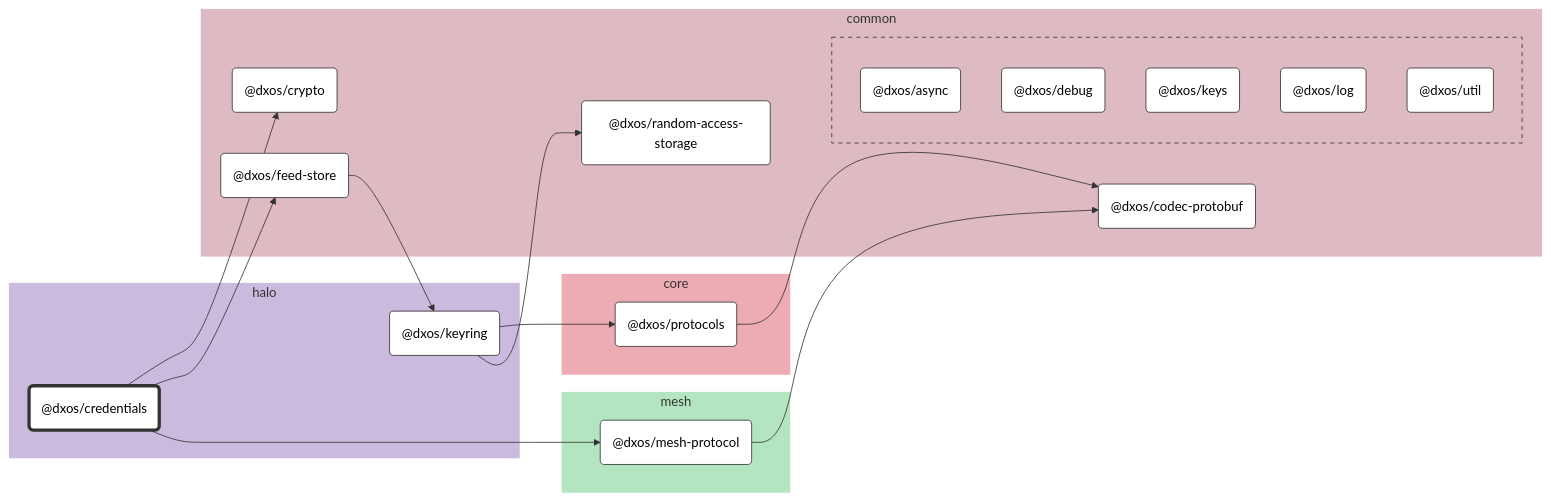
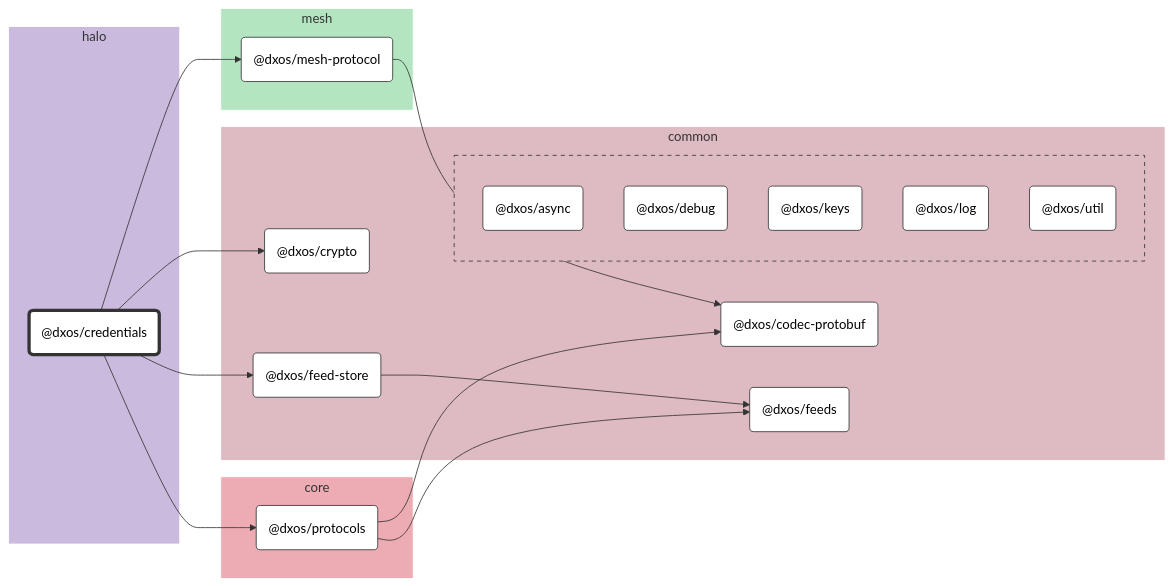
One commit to dxos/dxos changed the diagram in packages/core/halo/credentials/docs/README.md. Above: the diagram before and after it, drawn with Mermaid (neutral theme). The commit also changed other lines of this file and 64 other files, not shown here.

````diff
--- a/packages/core/halo/credentials/docs/README.md
+++ b/packages/core/halo/credentials/docs/README.md
@@ -7,68 +7,66 @@
 ```mermaid
 %%{ init: {'flowchart':{'curve':'basis'}} }%%
 
 flowchart LR
 
 %% Classes
 classDef def fill:#fff,stroke:#333,stroke-width:1px
 classDef root fill:#fff,stroke:#333,stroke-width:4px
 
 %% Nodes
 
 subgraph halo [halo]
   style halo fill:#cabade,stroke:#fff
   dxos/credentials("@dxos/credentials"):::root
   click dxos/credentials "dxos/dxos/tree/main/packages/core/halo/credentials/docs"
-  dxos/keyring("@dxos/keyring"):::def
-  click dxos/keyring "dxos/dxos/tree/main/packages/core/halo/keyring/docs"
 end
 
 subgraph common [common]
   style common fill:#debac2,stroke:#fff
   dxos/codec-protobuf("@dxos/codec-protobuf"):::def
   click dxos/codec-protobuf "dxos/dxos/tree/main/packages/common/codec-protobuf/docs"
   dxos/crypto("@dxos/crypto"):::def
   click dxos/crypto "dxos/dxos/tree/main/packages/common/crypto/docs"
   dxos/feed-store("@dxos/feed-store"):::def
   click dxos/feed-store "dxos/dxos/tree/main/packages/common/feed-store/docs"
-  dxos/random-access-storage("@dxos/random-access-storage"):::def
-  click dxos/random-access-storage "dxos/dxos/tree/main/packages/common/random-access-storage/docs"
+  dxos/feeds("@dxos/feeds"):::def
+  click dxos/feeds "dxos/dxos/tree/main/packages/common/feeds/docs"
 
   subgraph common-excluded [ ]
     style common-excluded fill:#debac2,stroke:#333,stroke-dasharray:5 5
     dxos/async("@dxos/async"):::def
     click dxos/async "dxos/dxos/tree/main/packages/common/async/docs"
     dxos/debug("@dxos/debug"):::def
     click dxos/debug "dxos/dxos/tree/main/packages/common/debug/docs"
     dxos/keys("@dxos/keys"):::def
     click dxos/keys "dxos/dxos/tree/main/packages/common/keys/docs"
     dxos/log("@dxos/log"):::def
     click dxos/log "dxos/dxos/tree/main/packages/common/log/docs"
     dxos/util("@dxos/util"):::def
     click dxos/util "dxos/dxos/tree/main/packages/common/util/docs"
   end
 end
 
+subgraph mesh [mesh]
+  style mesh fill:#b3e6c0,stroke:#fff
+  dxos/mesh-protocol("@dxos/mesh-protocol"):::def
+  click dxos/mesh-protocol "dxos/dxos/tree/main/packages/core/mesh/mesh-protocol/docs"
+end
+
 subgraph core [core]
   style core fill:#edabb3,stroke:#fff
   dxos/protocols("@dxos/protocols"):::def
   click dxos/protocols "dxos/dxos/tree/main/packages/core/protocols/docs"
 end
 
-subgraph mesh [mesh]
-  style mesh fill:#b3e6c0,stroke:#fff
-  dxos/mesh-protocol("@dxos/mesh-protocol"):::def
-  click dxos/mesh-protocol "dxos/dxos/tree/main/packages/core/mesh/mesh-protocol/docs"
-end
-
 %% Links
 linkStyle default stroke:#333,stroke-width:1px
 dxos/credentials --> dxos/crypto
 dxos/credentials --> dxos/feed-store
-dxos/feed-store --> dxos/keyring
-dxos/keyring --> dxos/protocols
-dxos/protocols --> dxos/codec-protobuf
-dxos/keyring --> dxos/random-access-storage
+dxos/feed-store --> dxos/feeds
 dxos/credentials --> dxos/mesh-protocol
 dxos/mesh-protocol --> dxos/codec-protobuf
+dxos/credentials --> dxos/protocols
+dxos/protocols --> dxos/codec-protobuf
+dxos/protocols --> dxos/feeds
 ```
````
